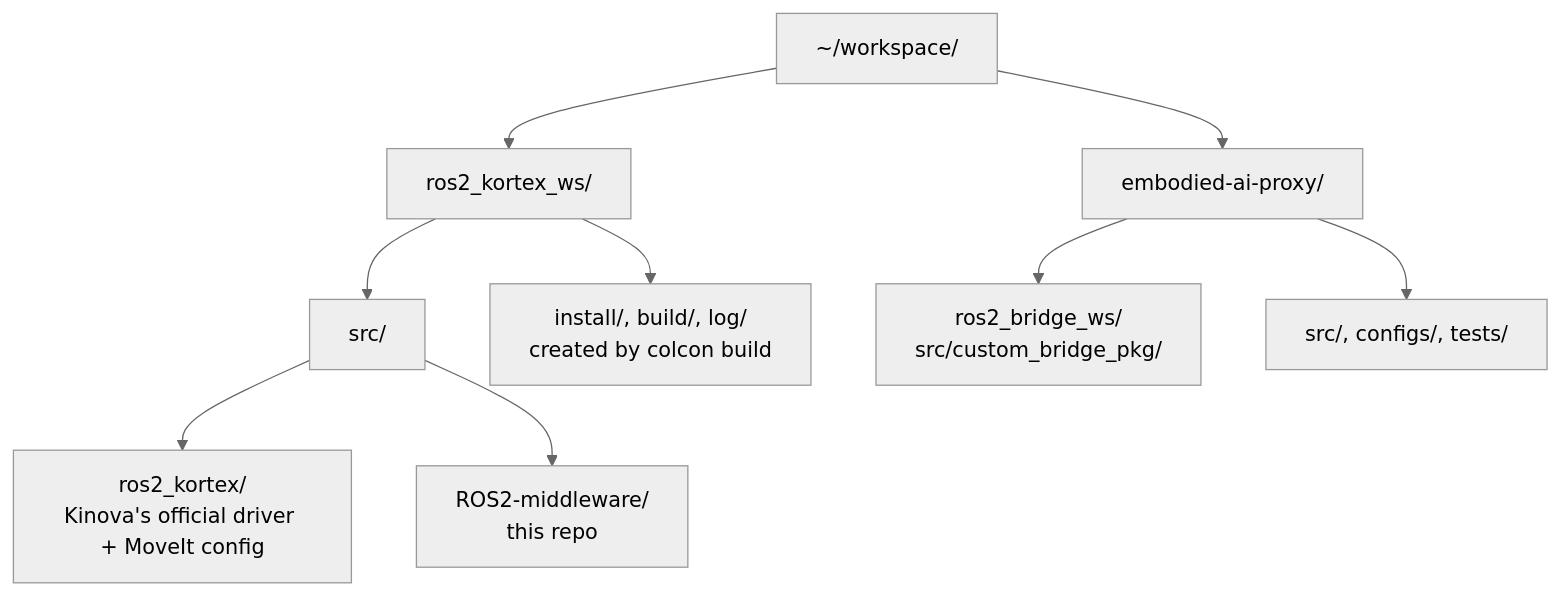
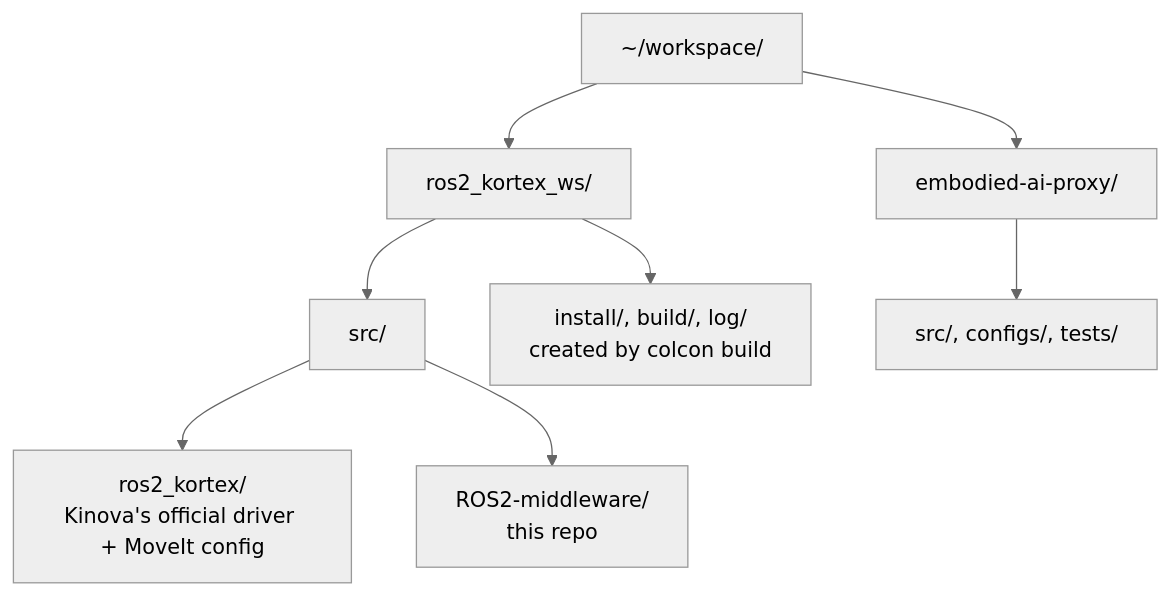
Before and after one commit to Jeremy-Allan/ROS2-middleware: the second of 2 diagrams in docs/architecture.md, drawn with Mermaid (neutral theme). The commit also changed other lines of this file and 6 other files, not shown here.

````diff
--- a/docs/architecture.md
+++ b/docs/architecture.md
@@ -93,14 +93,13 @@
 ```mermaid
 flowchart TD
     WS["~/workspace/"] --> RKW["ros2_kortex_ws/"]
     WS --> PROXY["embodied-ai-proxy/"]
 
     RKW --> SRC["src/"]
     RKW --> BUILD["install/, build/, log/<br/>created by colcon build"]
 
     SRC --> RK["ros2_kortex/<br/>Kinova's official driver + MoveIt config"]
     SRC --> MID["ROS2-middleware/<br/>this repo"]
 
-    PROXY --> BRIDGE["ros2_bridge_ws/<br/>src/custom_bridge_pkg/"]
     PROXY --> PSRC["src/, configs/, tests/"]
 ```
````
